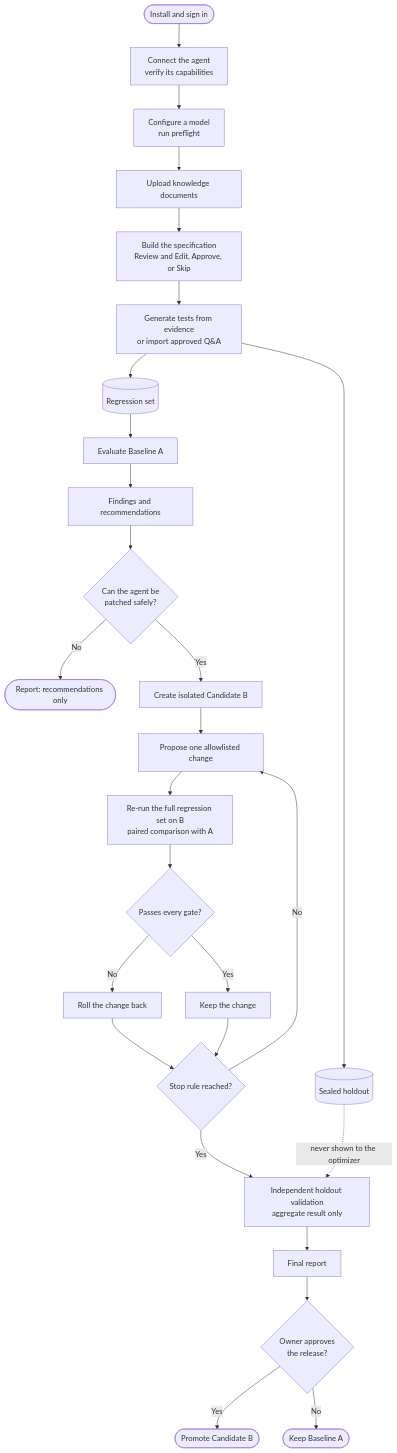
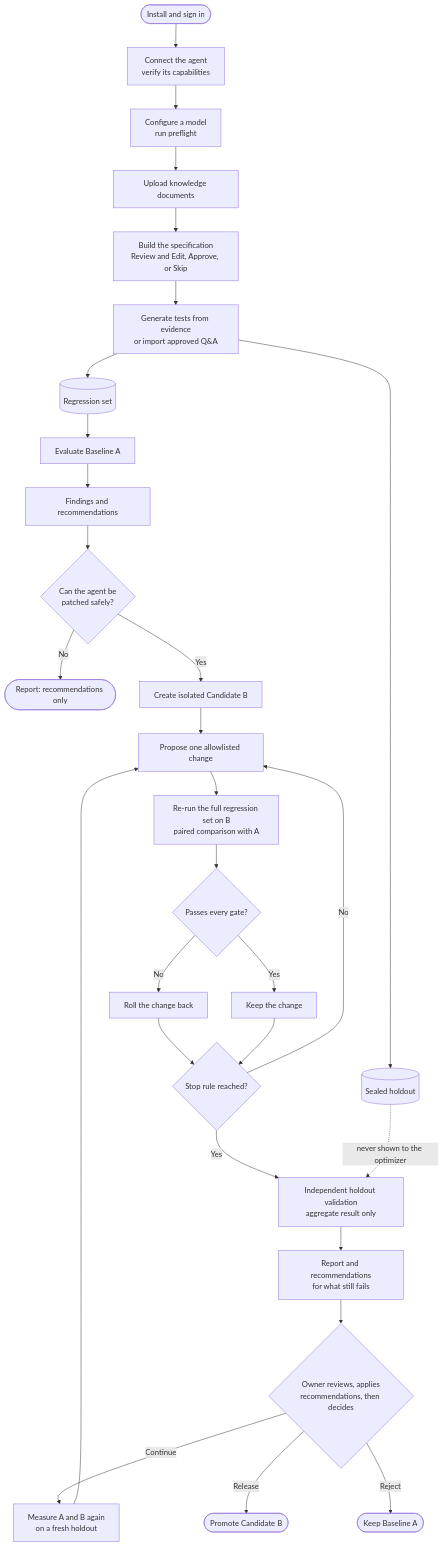
One commit to abdullahahmed94/kaizeval changed the first of 4 diagrams in docs/WORKFLOW.md. Above: the diagram before and after it, drawn with Mermaid. The commit also changed other lines of this file and 26 other files, not shown here.

First line of the commit message:
Stop after three unchanged cycles; continue or release after a stop

````diff
--- a/docs/WORKFLOW.md
+++ b/docs/WORKFLOW.md
@@ -8,29 +8,31 @@
 ```mermaid
 flowchart TD
     A(["Install and sign in"]) --> B["Connect the agent<br/>verify its capabilities"]
     B --> C["Configure a model<br/>run preflight"]
     C --> D["Upload knowledge documents"]
     D --> E["Build the specification<br/>Review and Edit, Approve, or Skip"]
     E --> F["Generate tests from evidence<br/>or import approved Q&A"]
     F --> G[("Regression set")]
     F --> H[("Sealed holdout")]
     G --> I["Evaluate Baseline A"]
     I --> J["Findings and recommendations"]
     J --> K{"Can the agent be<br/>patched safely?"}
     K -->|No| L(["Report: recommendations only"])
     K -->|Yes| M["Create isolated Candidate B"]
     M --> N["Propose one allowlisted change"]
     N --> O["Re-run the full regression set on B<br/>paired comparison with A"]
     O --> P{"Passes every gate?"}
     P -->|No| Q["Roll the change back"]
     P -->|Yes| R["Keep the change"]
     Q --> S{"Stop rule reached?"}
     R --> S
     S -->|No| N
     S -->|Yes| T["Independent holdout validation<br/>aggregate result only"]
     H -.->|"never shown to the optimizer"| T
-    T --> U["Final report"]
-    U --> V{"Owner approves<br/>the release?"}
-    V -->|Yes| W(["Promote Candidate B"])
-    V -->|No| X(["Keep Baseline A"])
+    T --> U["Report and recommendations<br/>for what still fails"]
+    U --> V{"Owner reviews, applies<br/>recommendations, then decides"}
+    V -->|Continue| Y["Measure A and B again<br/>on a fresh holdout"]
+    Y --> N
+    V -->|Release| W(["Promote Candidate B"])
+    V -->|Reject| X(["Keep Baseline A"])
 ```
````
